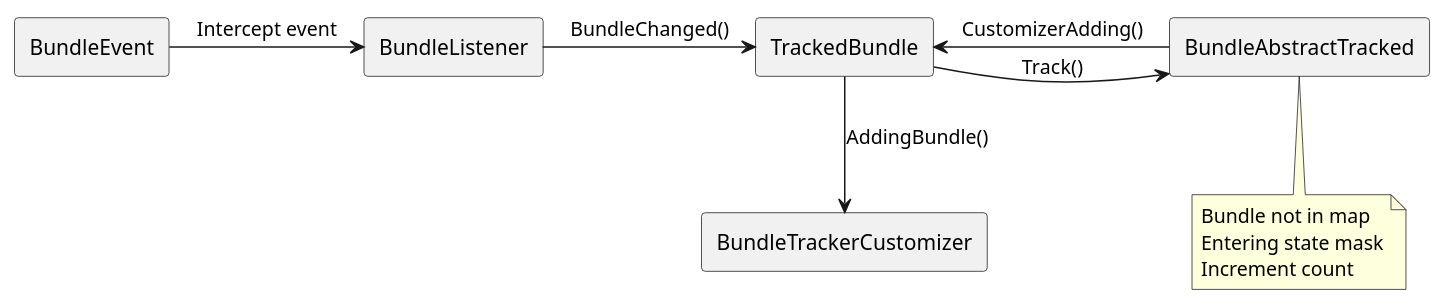
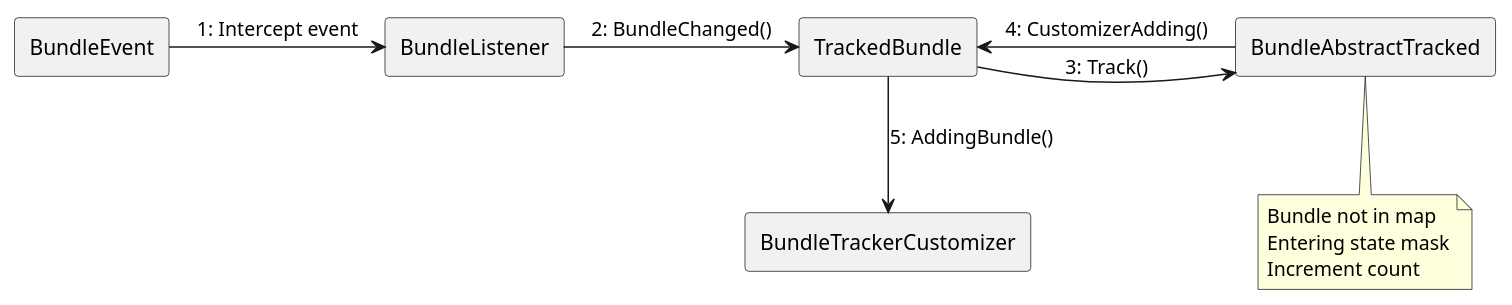
The diagram in text/0009-BundleTracker-integration/add_bundletracker.puml (CppMicroServices/rfcs), drawn with PlantUML before and after one commit. The commit also changed 12 other files, not shown here.

Commit message:
Add numbering to communication diagrams

```diff
--- a/text/0009-BundleTracker-integration/add_bundletracker.puml
+++ b/text/0009-BundleTracker-integration/add_bundletracker.puml
@@ -1,20 +1,20 @@
 @startuml addbundle_diagram
 
 rectangle "BundleEvent" as BE
 rectangle "BundleListener" as BL
 'rectangle "BundleTracker" as BT
 'rectangle "BundleTrackerPrivate" as BTP
 rectangle "TrackedBundle" as TB
 'rectangle "BundleContext" as BC
 rectangle "BundleAbstractTracked" as BAT
 rectangle "BundleTrackerCustomizer" as BTC
 
-BE -> BL : Intercept event
-BL -> TB : BundleChanged()
-TB -> BAT : Track()
-TB <- BAT: CustomizerAdding()
-TB -d-> BTC : AddingBundle()
+BE -> BL : 1: Intercept event
+BL -> TB : 2: BundleChanged()
+TB -> BAT : 3: Track()
+TB <- BAT : 4: CustomizerAdding()
+TB -d-> BTC : 5: AddingBundle()
 
 note bottom of BAT : Bundle not in map\nEntering state mask\nIncrement count
 
 @enduml
```
